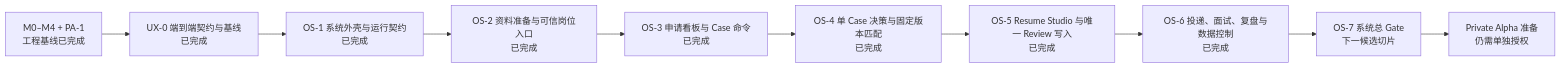
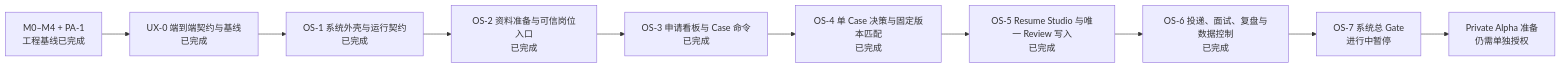
Before and after one commit to CodeVoyager21932/Aijob: the diagram in docs/06-mvp-roadmap.md, drawn with Mermaid. The commit also changed other lines of this file and 16 other files, not shown here.

```diff
--- a/docs/06-mvp-roadmap.md
+++ b/docs/06-mvp-roadmap.md
@@ -51,12 +52,12 @@
 ~~~mermaid
 flowchart LR
     B["M0–M4 + PA-1<br/>工程基线已完成"] --> U0["UX-0 端到端契约与基线<br/>已完成"]
     U0 --> O1["OS-1 系统外壳与运行契约<br/>已完成"]
     O1 --> O2["OS-2 资料准备与可信岗位入口<br/>已完成"]
     O2 --> O3["OS-3 申请看板与 Case 命令<br/>已完成"]
     O3 --> O4["OS-4 单 Case 决策与固定版本匹配<br/>已完成"]
     O4 --> O5["OS-5 Resume Studio 与唯一 Review 写入<br/>已完成"]
     O5 --> O6["OS-6 投递、面试、复盘与数据控制<br/>已完成"]
-    O6 --> O7["OS-7 系统总 Gate<br/>下一候选切片"]
+    O6 --> O7["OS-7 系统总 Gate<br/>进行中暂停"]
     O7 --> P["Private Alpha 准备<br/>仍需单独授权"]
 ~~~
```
